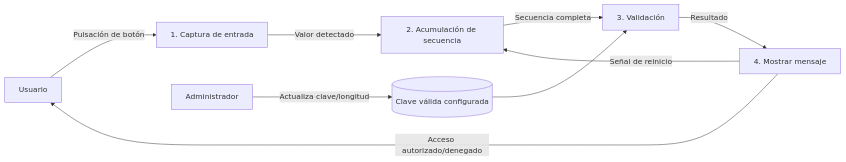
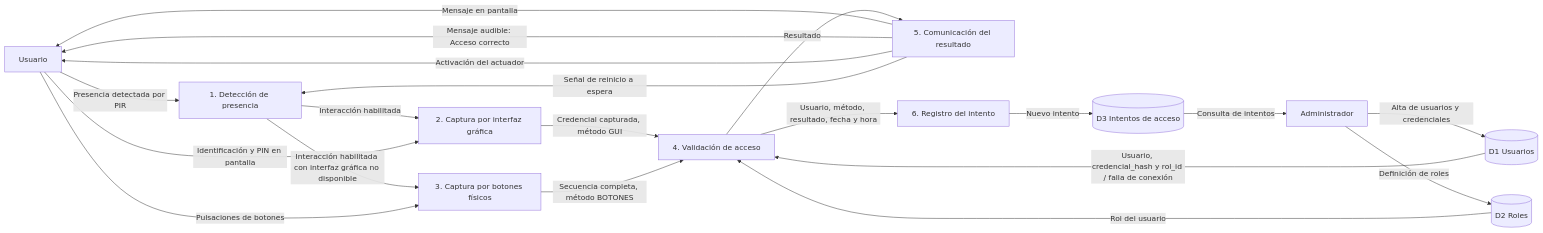
One commit to MrGodie/ControlAccesoRPI changed the diagram in docs/dfd-1.md. Above: the diagram before and after it, drawn with Mermaid.

Commit message:
docs: Updated dfd-1 (closes #35)

````diff
--- a/docs/dfd-1.md
+++ b/docs/dfd-1.md
@@ -1,11 +1,42 @@
 ```mermaid
 flowchart LR
-    U[Usuario] -->|Pulsación de botón| P1[1. Captura de entrada]
-    P1 -->|Valor detectado| P2[2. Acumulación de secuencia]
-    P2 -->|Secuencia completa| P3[3. Validación]
-    D1[(Clave válida configurada)] --> P3
-    A[Administrador] -->|Actualiza clave/longitud| D1
-    P3 -->|Resultado| P4[4. Mostrar mensaje]
-    P4 -->|Acceso autorizado/denegado| U
-    P4 -->|Señal de reinicio| P2
+    U[Usuario]
+    A[Administrador]
+
+    P1[1. Detección de presencia]
+    P2[2. Captura por interfaz gráfica]
+    P3[3. Captura por botones físicos]
+    P4[4. Validación de acceso]
+    P5[5. Comunicación del resultado]
+    P6[6. Registro del intento]
+
+    D1[(D1 Usuarios)]
+    D2[(D2 Roles)]
+    D3[(D3 Intentos de acceso)]
+
+    U -->|Presencia detectada por PIR| P1
+    P1 -->|Interacción habilitada| P2
+    P1 -->|Interacción habilitada con interfaz gráfica no disponible| P3
+
+    U -->|Identificación y PIN en pantalla| P2
+    U -->|Pulsaciones de botones| P3
+
+    P2 -->|Credencial capturada, método GUI| P4
+    P3 -->|Secuencia completa, método BOTONES| P4
+
+    D1 -->|Usuario, credencial_hash y rol_id / falla de conexión| P4
+    D2 -->|Rol del usuario| P4
+
+    P4 -->|Resultado| P5
+    P4 -->|Usuario, método, resultado, fecha y hora| P6
+    P6 -->|Nuevo intento| D3
+
+    P5 -->|Mensaje en pantalla| U
+    P5 -->|Mensaje audible: Acceso correcto| U
+    P5 -->|Activación del actuador| U
+    P5 -->|Señal de reinicio a espera| P1
+
+    A -->|Alta de usuarios y credenciales| D1
+    A -->|Definición de roles| D2
+    D3 -->|Consulta de intentos| A
 ```
````
